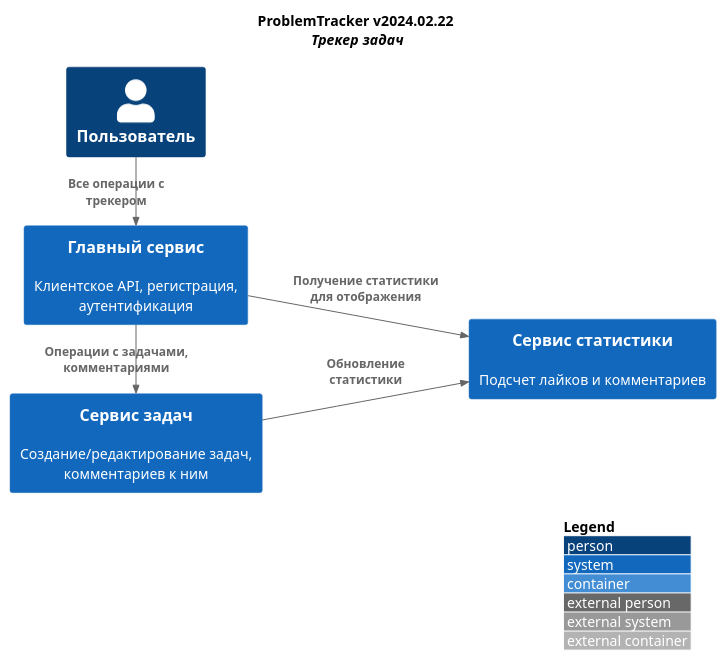
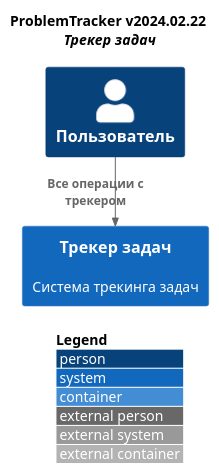
Before and after one commit to Q0un/architect: the diagram in doc/context.puml, drawn with PlantUML. The commit also changed 1 other file, not shown here.

```diff
--- a/doc/context.puml
+++ b/doc/context.puml
@@ -1,23 +1,18 @@
 @startuml
 !include https://raw.githubusercontent.com/plantuml-stdlib/C4-PlantUML/master/C4_Container.puml
 
 skinparam wrapWidth 300
 LAYOUT_WITH_LEGEND()
 LAYOUT_LANDSCAPE()
 
 title
 <b>ProblemTracker v2024.02.22</b>
  <i>Трекер задач</i>
 end title
 
 Person(user, "Пользователь")
-System(main, "Главный сервис", "Клиентское API, регистрация, аутентификация")
-System(tasks, "Сервис задач", "Создание/редактирование задач, комментариев к ним")
-System(stats, "Сервис статистики", "Подсчет лайков и комментариев")
+System(tasks, "Трекер задач", "Система трекинга задач")
 
-Rel_D(user, main, "Все операции с трекером")
-Rel_D(main, tasks, "Операции с задачами, комментариями")
-Rel_D(main, stats, "Получение статистики для отображения")
-Rel(tasks, stats, "Обновление статистики")
+Rel_D(user, tasks, "Все операции с трекером")
 
 @enduml
```
